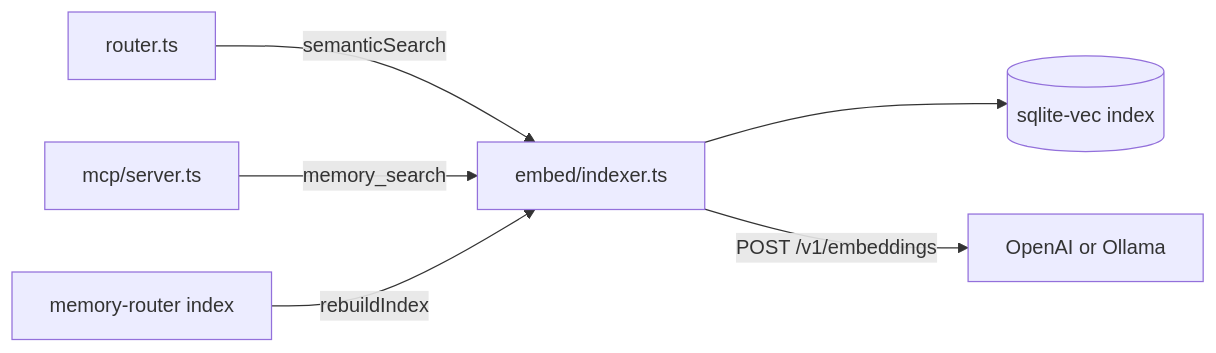
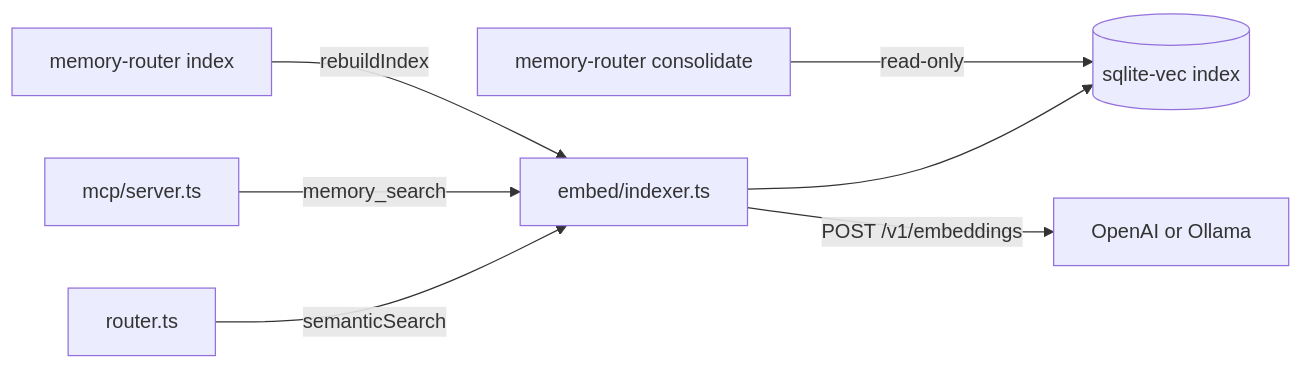
The second of 2 diagrams in README.md (LanNguyenSi/agent-memory), drawn with Mermaid before and after one commit. The commit also changed other lines of this file and 6 other files, not shown here.

````diff
--- a/README.md
+++ b/README.md
@@ -38,8 +38,9 @@
 ```mermaid
 flowchart LR
     router["router.ts"] -->|semanticSearch| indexer["embed/indexer.ts"]
     mcp["mcp/server.ts"] -->|memory_search| indexer
     build["memory-router index"] -->|rebuildIndex| indexer
     indexer --> store[("sqlite-vec index")]
+    consolidate["memory-router consolidate"] -->|read-only| store
     indexer -->|"POST /v1/embeddings"| prov["OpenAI or Ollama"]
 ```
````
